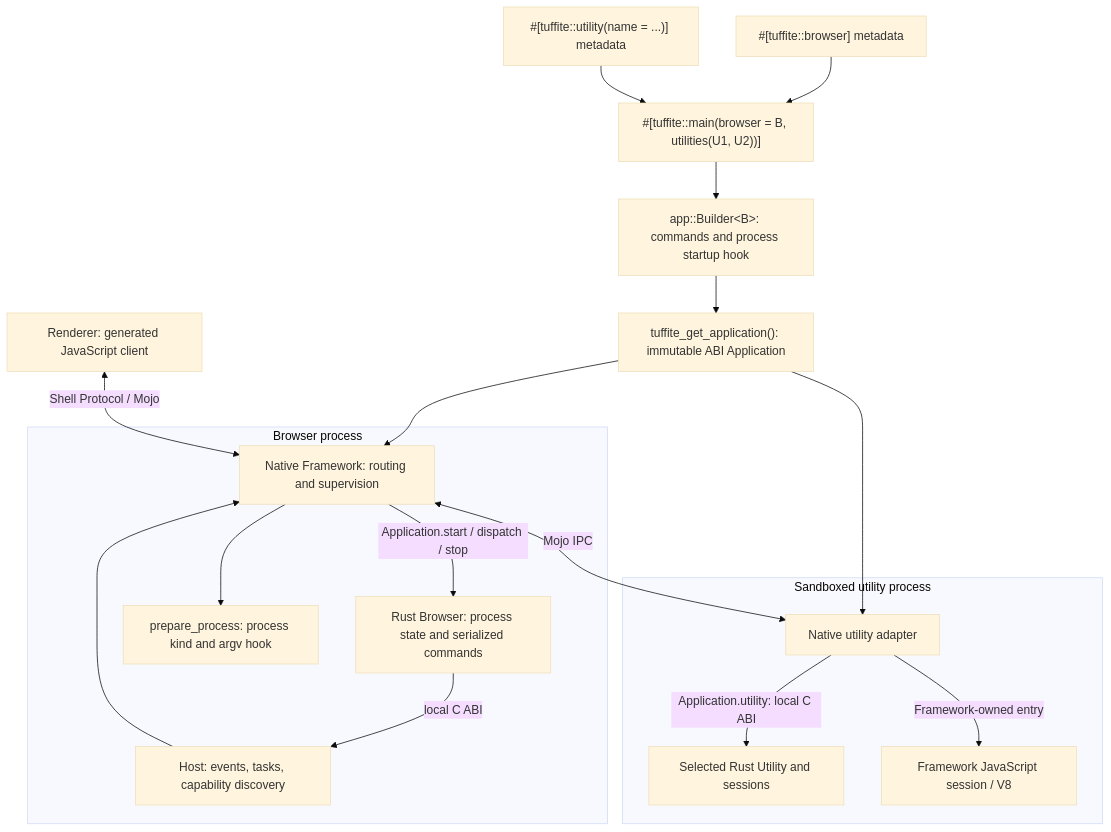
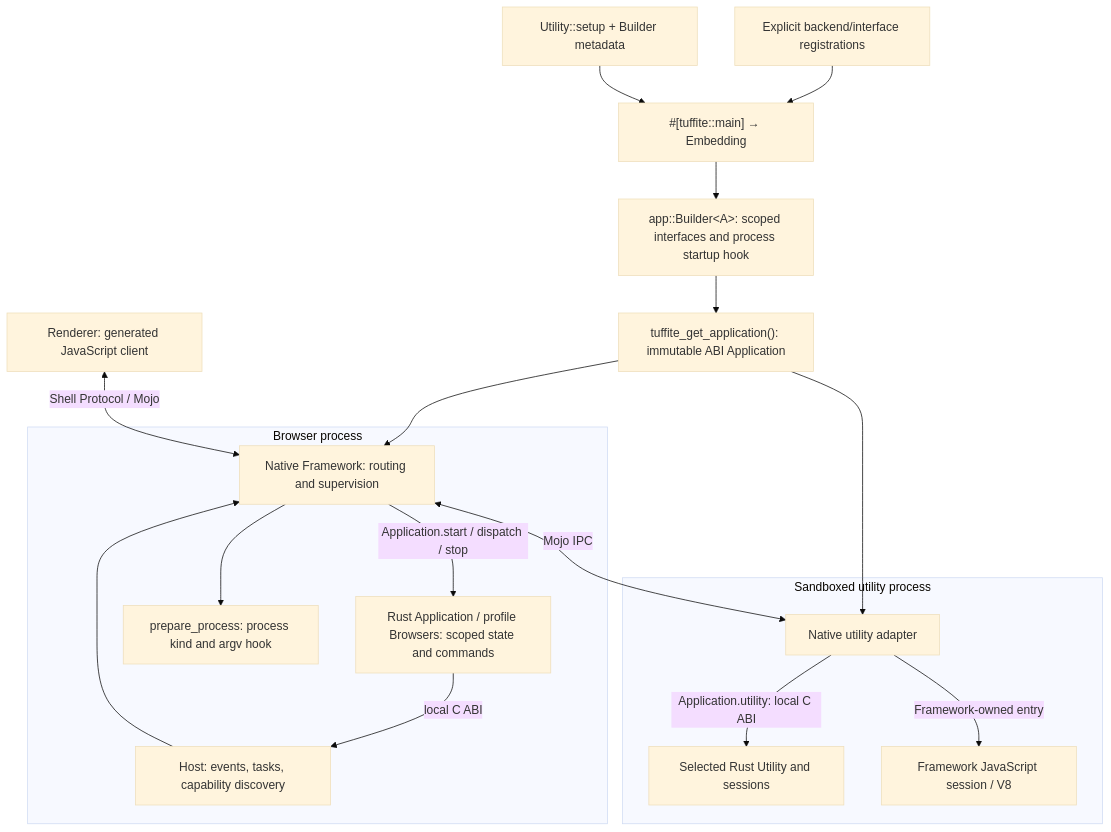
The first of 7 diagrams in crates/tuffite-abi/README.md (tuffite/tuffite), drawn with Mermaid (base theme) before and after one commit. The commit also changed other lines of this file and 363 other files, not shown here.

````diff
--- a/crates/tuffite-abi/README.md
+++ b/crates/tuffite-abi/README.md
@@ -13,34 +42,34 @@
 ```mermaid
 flowchart TB
-  Main["#[tuffite::main(browser = B, utilities(U1, U2))]"]
-  Builder["app::Builder&lt;B&gt;: commands and process startup hook"]
-  BrowserMetadata["#[tuffite::browser] metadata"]
-  Names["#[tuffite::utility(name = ...)] metadata"]
+  Main["#[tuffite::main] → Embedding"]
+  Builder["app::Builder&lt;A&gt;: scoped interfaces and process startup hook"]
+  BrowserMetadata["Explicit backend/interface registrations"]
+  Names["Utility::setup + Builder metadata"]
   BrowserMetadata --> Main
   Export["tuffite_get_application(): immutable ABI Application"]
   Main --> Builder
   Names --> Main
   Builder --> Export
   subgraph BrowserProcess["Browser process"]
     Native["Native Framework: routing and supervision"]
-    Backend["Rust Browser: process state and serialized commands"]
+    Backend["Rust Application / profile Browsers: scoped state and commands"]
     Host["Host: events, tasks, capability discovery"]
     Launch["prepare_process: process kind and argv hook"]
     Native --> Launch
     Native -->|"Application.start / dispatch / stop"| Backend
     Backend -->|"local C ABI"| Host
     Host --> Native
   end
   subgraph UtilityProcess["Sandboxed utility process"]
     Adapter["Native utility adapter"]
     RustUtility["Selected Rust Utility and sessions"]
     V8["Framework JavaScript session / V8"]
     Adapter -->|"Application.utility: local C ABI"| RustUtility
     Adapter -->|"Framework-owned entry"| V8
   end
   Export --> Native
   Export --> Adapter
   Native <-->|"Mojo IPC"| Adapter
   Renderer["Renderer: generated JavaScript client"]
   Renderer <-->|"Shell Protocol / Mojo"| Native
 ```
````
